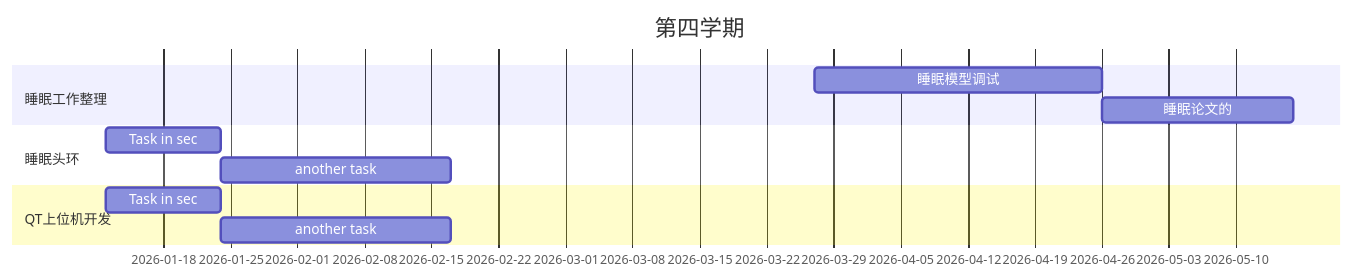
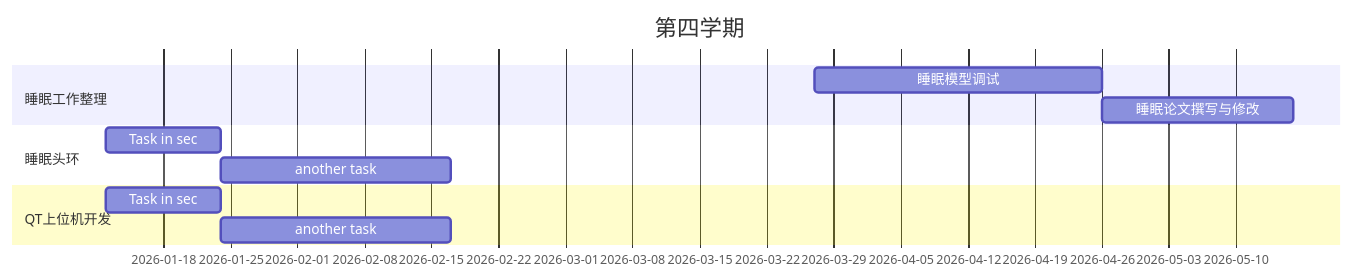
One commit to ChangMY-TJU/iodraw-files changed the diagram in all/代码甘特图.md. Above: the diagram before and after it, drawn with Mermaid.

Commit message:
2026-03-27 14:38:33 update

````diff
--- a/all/代码甘特图.md
+++ b/all/代码甘特图.md
@@ -1,15 +1,15 @@
 ```mermaid
 gantt
     title 第四学期
     dateFormat  YYYY-MM-DD
     section 睡眠工作整理
     睡眠模型调试      :a1, 2026-03-27, 30d
-    睡眠论文的     :after a1  , 20d
+    睡眠论文撰写与修改     :after a1  , 20d
     section 睡眠头环
     Task in sec      :2026-01-12  , 12d
     another task      : 24d
     section QT上位机开发
     Task in sec      :2026-01-12  , 12d
     another task      : 24d
 
 ```
````
